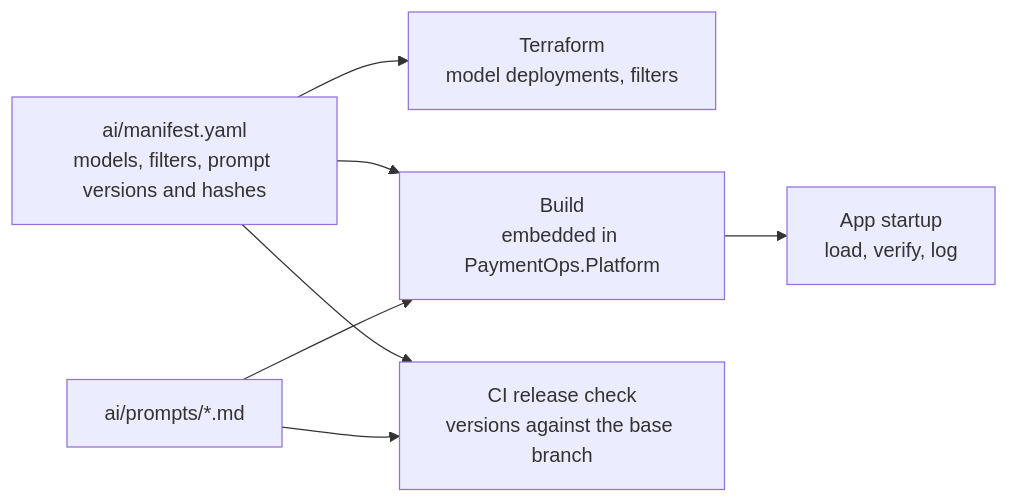
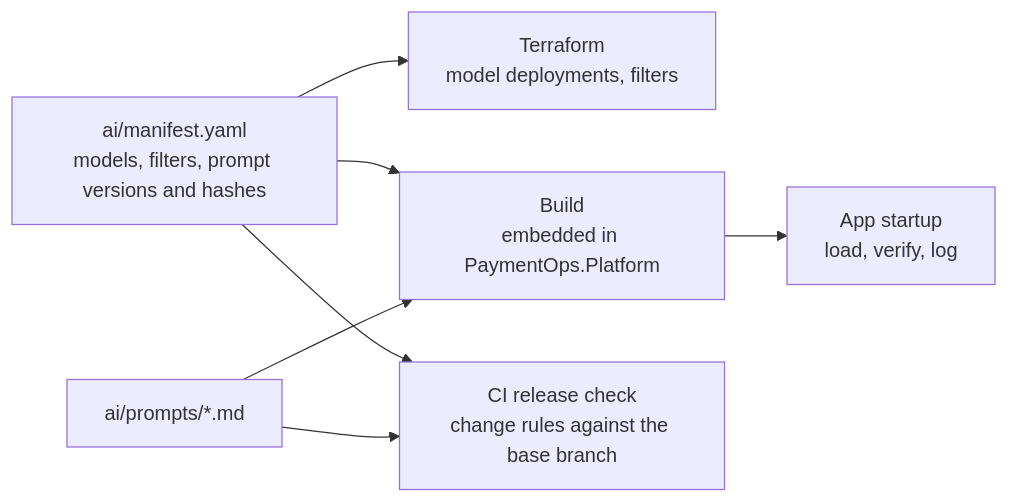
The second of 3 diagrams in docs/Architecture.md (ankurparekh1988/payment-ops-investigation-agent), drawn with Mermaid before and after one commit. The commit also changed other lines of this file and 13 other files, not shown here.

````diff
--- a/docs/Architecture.md
+++ b/docs/Architecture.md
@@ -42,16 +42,16 @@
 ```mermaid
 flowchart LR
   M["ai/manifest.yaml<br/>models, filters, prompt versions and hashes"]
   P["ai/prompts/*.md"]
   TF["Terraform<br/>model deployments, filters"]
   B["Build<br/>embedded in PaymentOps.Platform"]
   APP["App startup<br/>load, verify, log"]
-  CI["CI release check<br/>versions against the base branch"]
+  CI["CI release check<br/>change rules against the base branch"]
 
   M --> TF
   M --> B
   P --> B
   B --> APP
   M --> CI
   P --> CI
 ```
````
